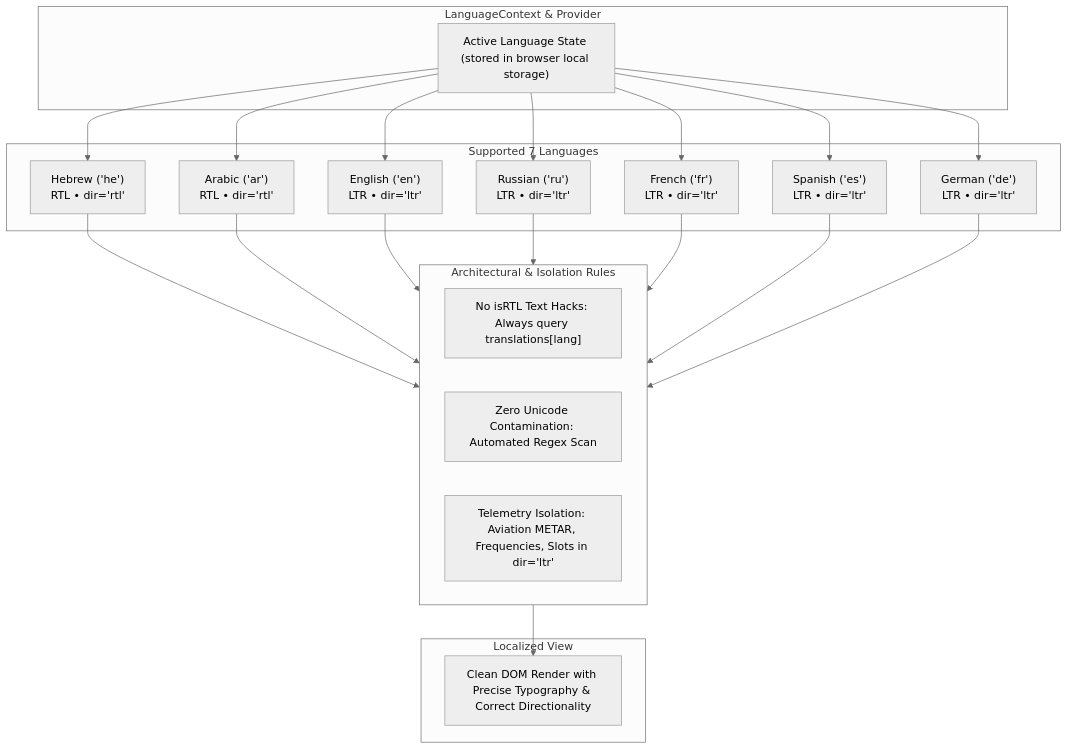
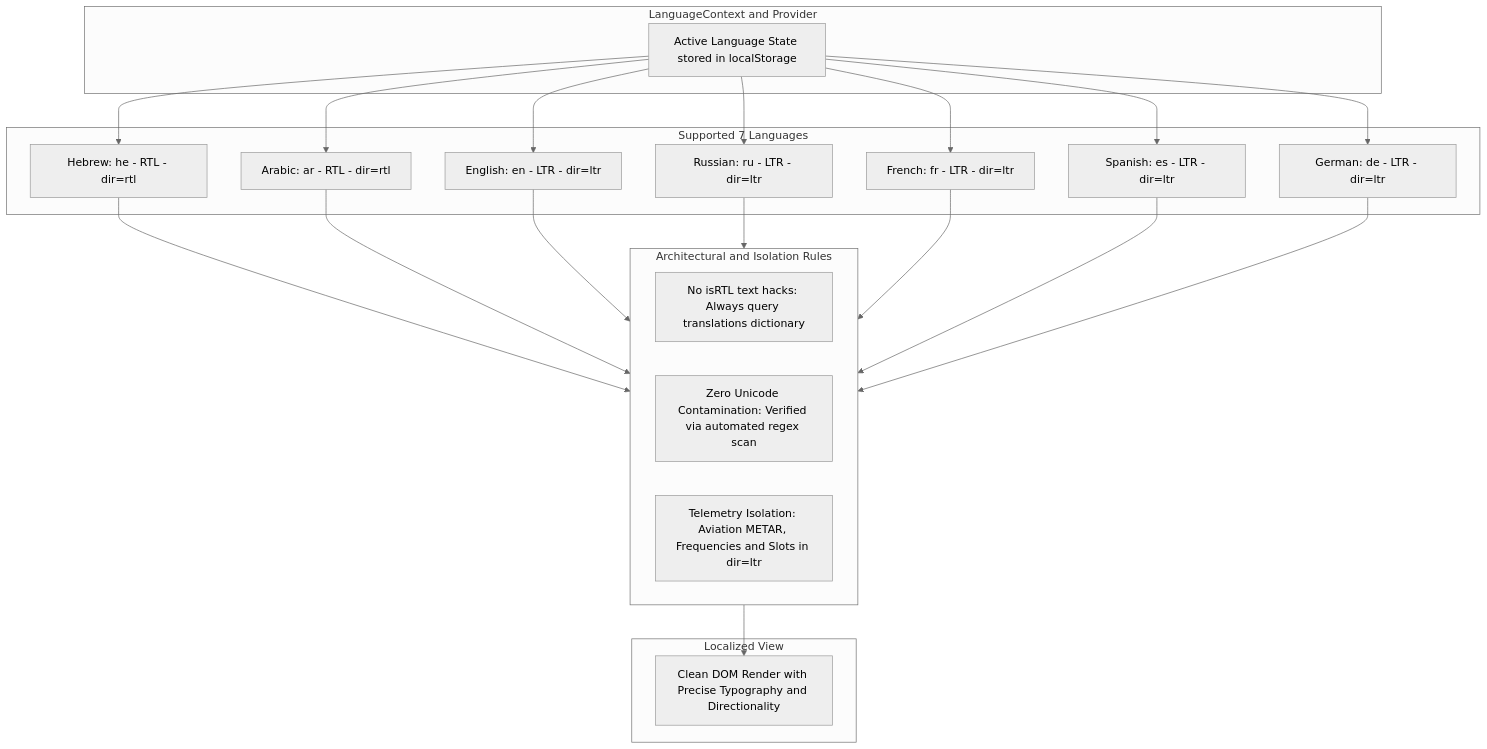
Diagram 11 of 13 in ARCHITECTURE.md (hatan4ik/simdream-website), drawn with Mermaid (neutral theme) before and after one commit. The commit also changed other lines of this file and 1 other file, not shown here.

Commit message:
docs(architecture): resolve Mermaid parse errors and add human-readable diagrams

````diff
--- a/ARCHITECTURE.md
+++ b/ARCHITECTURE.md
@@ -272,44 +431,44 @@
 ```mermaid
 flowchart TD
-    subgraph LangContext["LanguageContext & Provider"]
-        SelectedLang["Active Language State (stored in browser local storage)"]
+    subgraph LangContext["LanguageContext and Provider"]
+        SelectedLang["Active Language State stored in localStorage"]
     end
 
     subgraph Languages["Supported 7 Languages"]
-        HE["Hebrew ('he')<br/>RTL • dir='rtl'"]
-        AR["Arabic ('ar')<br/>RTL • dir='rtl'"]
-        EN["English ('en')<br/>LTR • dir='ltr'"]
-        RU["Russian ('ru')<br/>LTR • dir='ltr'"]
-        FR["French ('fr')<br/>LTR • dir='ltr'"]
-        ES["Spanish ('es')<br/>LTR • dir='ltr'"]
-        DE["German ('de')<br/>LTR • dir='ltr'"]
+        HE["Hebrew: he - RTL - dir=rtl"]
+        AR["Arabic: ar - RTL - dir=rtl"]
+        EN["English: en - LTR - dir=ltr"]
+        RU["Russian: ru - LTR - dir=ltr"]
+        FR["French: fr - LTR - dir=ltr"]
+        ES["Spanish: es - LTR - dir=ltr"]
+        DE["German: de - LTR - dir=ltr"]
     end
 
-    subgraph StrictRules["Architectural & Isolation Rules"]
-        Rule1["No isRTL Text Hacks: Always query translations[lang]"]
-        Rule2["Zero Unicode Contamination: Automated Regex Scan"]
-        Rule3["Telemetry Isolation: Aviation METAR, Frequencies, Slots in dir='ltr'"]
+    subgraph StrictRules["Architectural and Isolation Rules"]
+        Rule1["No isRTL text hacks: Always query translations dictionary"]
+        Rule2["Zero Unicode Contamination: Verified via automated regex scan"]
+        Rule3["Telemetry Isolation: Aviation METAR, Frequencies and Slots in dir=ltr"]
     end
 
     subgraph Output["Localized View"]
-        DOM["Clean DOM Render with Precise Typography & Correct Directionality"]
+        DOM["Clean DOM Render with Precise Typography and Directionality"]
     end
 
     SelectedLang --> HE
     SelectedLang --> AR
     SelectedLang --> EN
     SelectedLang --> RU
     SelectedLang --> FR
     SelectedLang --> ES
     SelectedLang --> DE
 
     HE --> StrictRules
     AR --> StrictRules
     EN --> StrictRules
     RU --> StrictRules
     FR --> StrictRules
     ES --> StrictRules
     DE --> StrictRules
 
     StrictRules --> DOM
 ```
````
